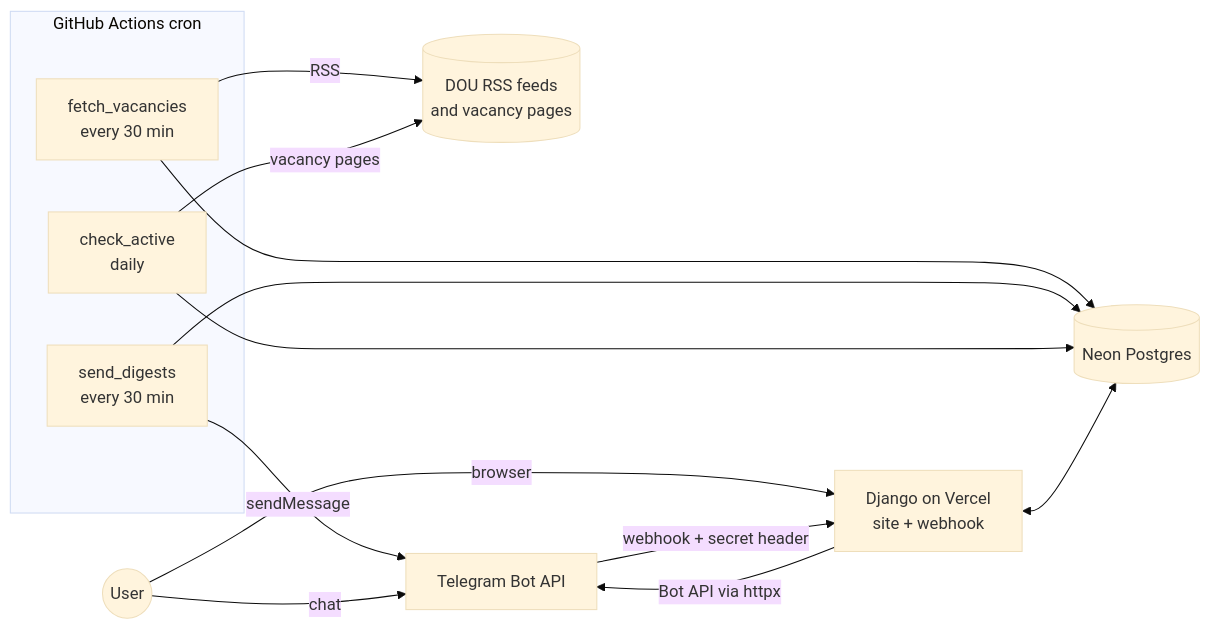
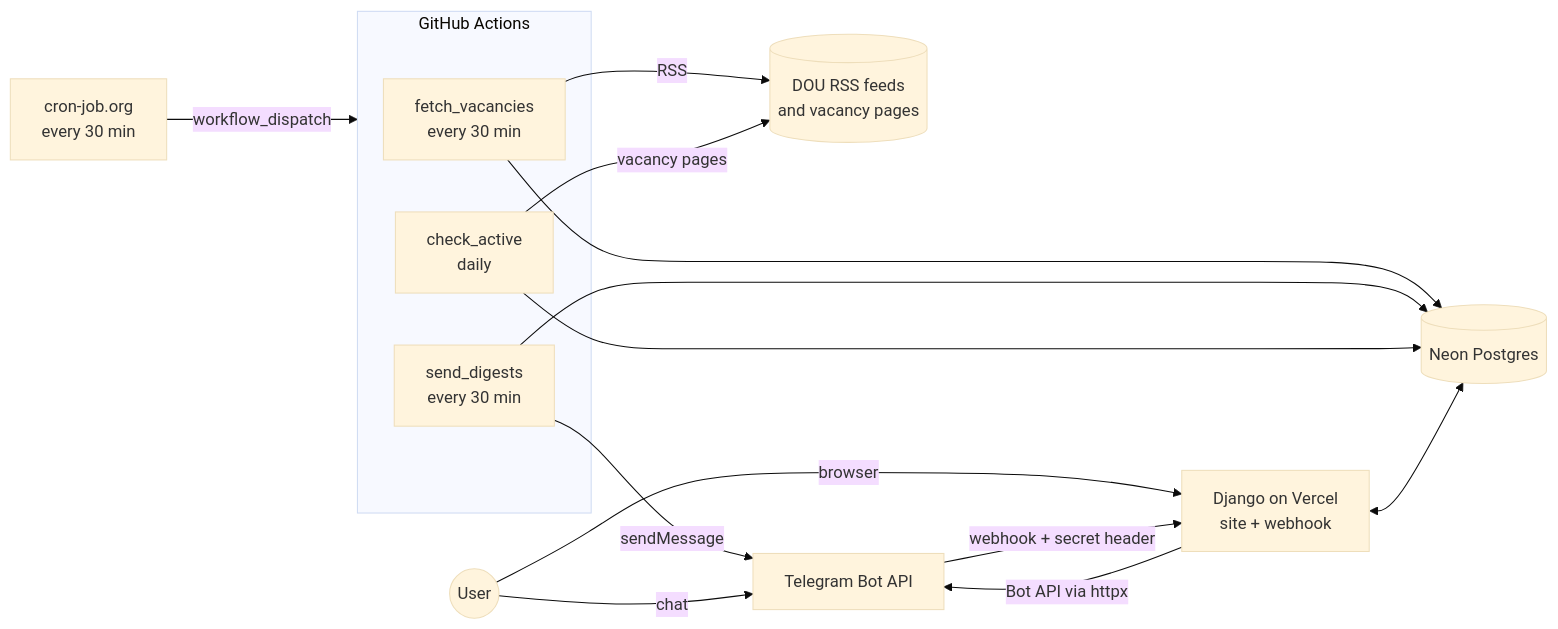
One commit to KIB101D/job-radar changed the diagram in README.md. Above: the diagram before and after it, drawn with Mermaid (base theme). The commit also changed other lines of this file and 2 other files, not shown here.

Commit message:
ci: start fetch and digests from cron-job.org, not GitHub's schedule
GitHub's schedule is best effort, and on this quiet repo it ran the 30-minute fetch three times in fifteen hours, so the site went stale and no digests went out. A new fetch-and-send workflow (fetch, then digests) is started through the GitHub API by cron-job.org every 30 minutes, with a fine-grained token that can only run this repo's workflows; dispatched runs always start. The scheduled workflows stay as a fallback.

````diff
--- a/README.md
+++ b/README.md
@@ -15,23 +15,26 @@
 ```mermaid
 flowchart LR
-    subgraph GA[GitHub Actions cron]
+    subgraph GA[GitHub Actions]
         F[fetch_vacancies<br/>every 30 min]
         D[send_digests<br/>every 30 min]
         C[check_active<br/>daily]
     end
     DOU[(DOU RSS feeds<br/>and vacancy pages)]
     DB[(Neon Postgres)]
     W[Django on Vercel<br/>site + webhook]
     TG[Telegram Bot API]
     U((User))
+    CJ[cron-job.org<br/>every 30 min]
+
+    CJ -- workflow_dispatch --> GA
 
     F -- RSS --> DOU
     C -- vacancy pages --> DOU
     F & D & C --> DB
     D -- sendMessage --> TG
     U -- browser --> W
     U -- chat --> TG
     TG -- webhook + secret header --> W
     W -- Bot API via httpx --> TG
     W <--> DB
 ```
````
